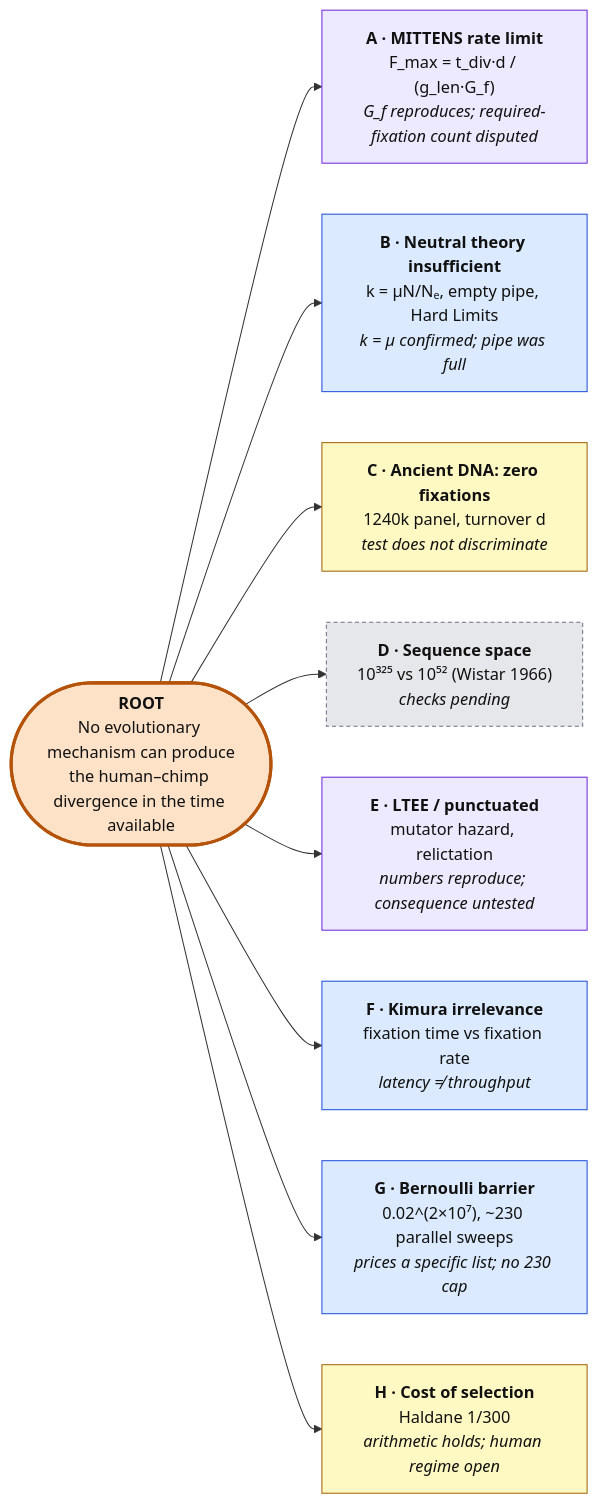
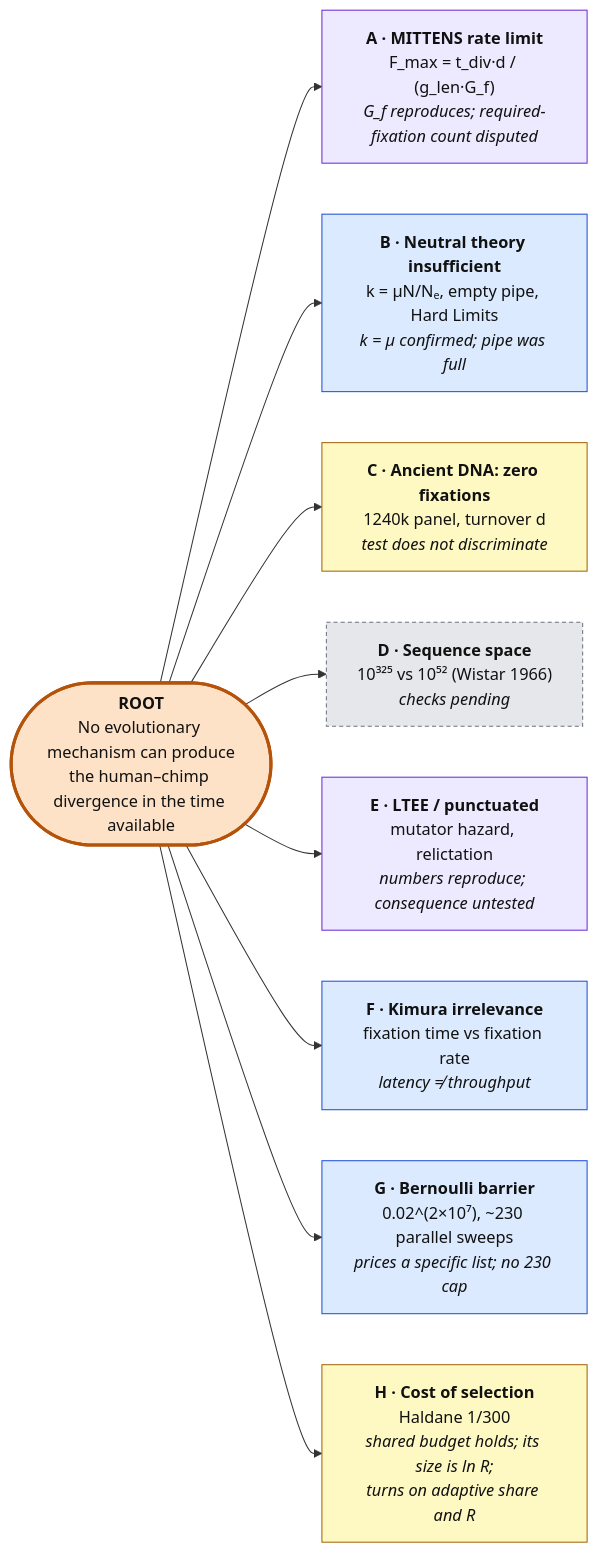
The first of 2 diagrams in README.md (nickallevato/evo-sim), drawn with Mermaid before and after one commit. The commit also changed other lines of this file and 24 other files, not shown here.

````diff
--- a/README.md
+++ b/README.md
@@ -65,21 +66,21 @@
 ```mermaid
 flowchart LR
   ROOT(["<b>ROOT</b><br/>No evolutionary mechanism can produce<br/>the human–chimp divergence in the time available"]):::day
 
   A["<b>A · MITTENS rate limit</b><br/>F_max = t_div·d / (g_len·G_f)<br/><i>G_f reproduces; required-fixation count disputed</i>"]:::mixed
   B["<b>B · Neutral theory insufficient</b><br/>k = μN/Nₑ, empty pipe, Hard Limits<br/><i>k = μ confirmed; pipe was full</i>"]:::critic
   C["<b>C · Ancient DNA: zero fixations</b><br/>1240k panel, turnover d<br/><i>test does not discriminate</i>"]:::open
   D["<b>D · Sequence space</b><br/>10³²⁵ vs 10⁵² (Wistar 1966)<br/><i>checks pending</i>"]:::todo
   E["<b>E · LTEE / punctuated</b><br/>mutator hazard, relictation<br/><i>numbers reproduce; consequence untested</i>"]:::mixed
   F["<b>F · Kimura irrelevance</b><br/>fixation time vs fixation rate<br/><i>latency ≠ throughput</i>"]:::critic
   G["<b>G · Bernoulli barrier</b><br/>0.02^(2×10⁷), ~230 parallel sweeps<br/><i>prices a specific list; no 230 cap</i>"]:::critic
-  H["<b>H · Cost of selection</b><br/>Haldane 1/300<br/><i>arithmetic holds; human regime open</i>"]:::open
+  H["<b>H · Cost of selection</b><br/>Haldane 1/300<br/><i>shared budget holds; its size is ln R;<br/>turns on adaptive share and R</i>"]:::open
 
   ROOT --> A & B & C & D & E & F & G & H
 
   classDef day fill:#fde2c8,stroke:#b45309,stroke-width:3px,color:#111
   classDef critic fill:#dbeafe,stroke:#1d4ed8,color:#111
   classDef mixed fill:#ede9fe,stroke:#6d28d9,color:#111
   classDef open fill:#fef9c3,stroke:#a16207,color:#111
   classDef todo fill:#e5e7eb,stroke:#6b7280,color:#111,stroke-dasharray:4 3
 ```
````
